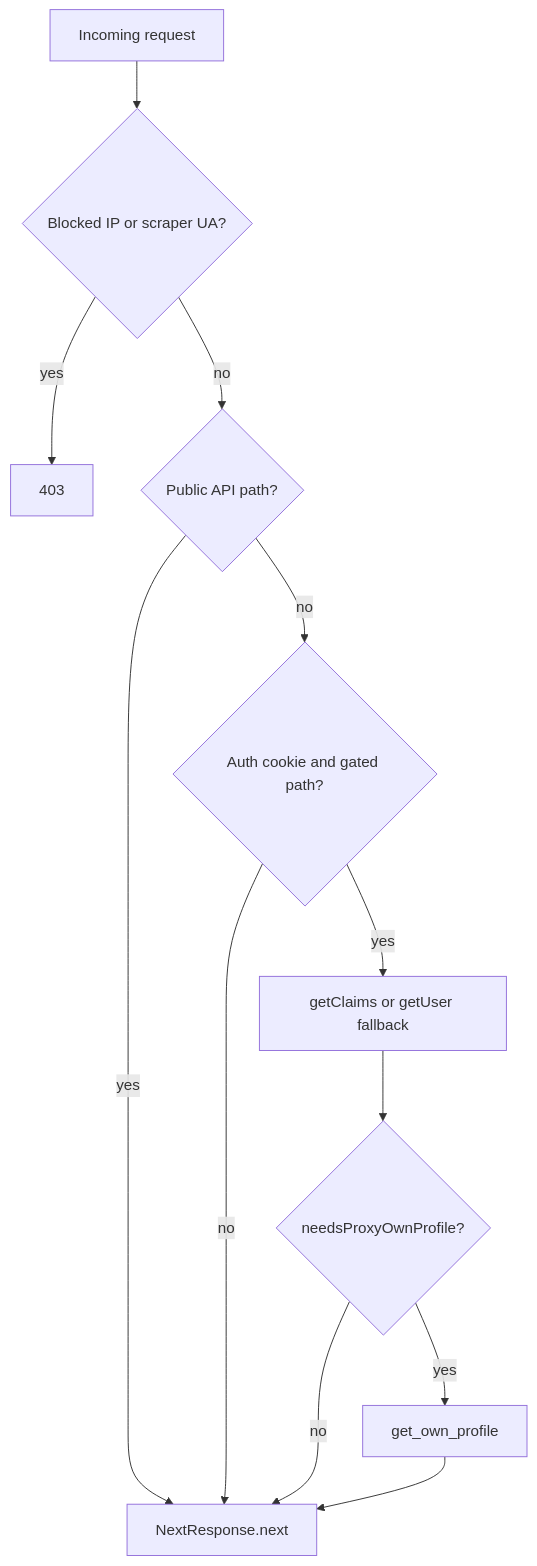
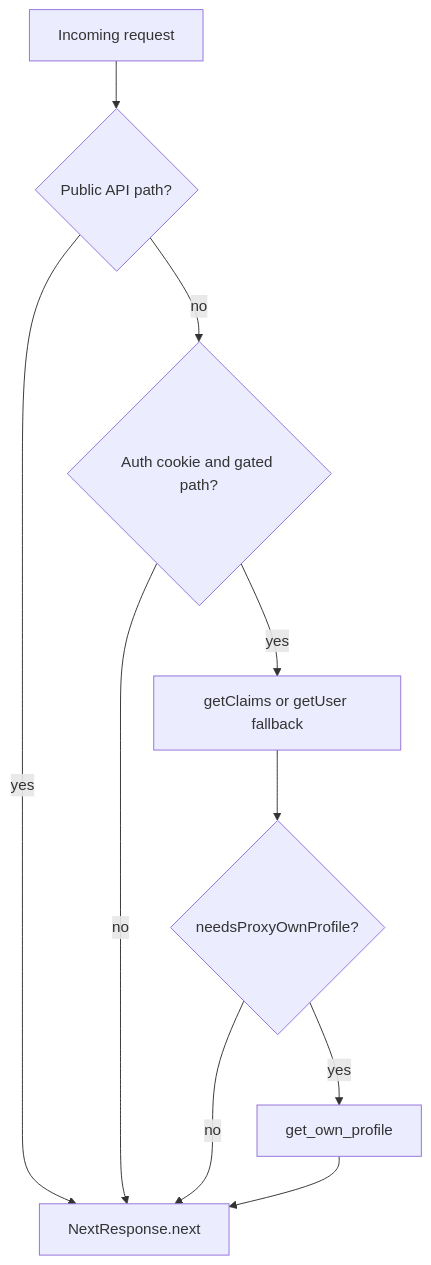
The diagram in docs/supabase-auth-traffic.md (mmousawy/cpg-website), drawn with Mermaid before and after one commit. The commit also changed other lines of this file and 2 other files, not shown here.

Commit message:
fix: Update proxy and request handling to improve scraper management and performance
- Refactored proxy logic to skip user profile checks on public pages, enhancing performance.
- Updated Cloudflare WAF rules to block specific user agents at the edge, reducing scraper load.
- Adjusted view tracking to bypass bot user agents, preventing unnecessary 403 responses.
- Enhanced unit tests for scraper user agent detection to ensure accurate functionality.

````diff
--- a/docs/supabase-auth-traffic.md
+++ b/docs/supabase-auth-traffic.md
@@ -28,14 +28,12 @@
 ```mermaid
 flowchart TD
-  req[Incoming request] --> block{Blocked IP or scraper UA?}
-  block -->|yes| r403[403]
-  block -->|no| publicApi{Public API path?}
+  req[Incoming request] --> publicApi{Public API path?}
   publicApi -->|yes| next[NextResponse.next]
   publicApi -->|no| session{Auth cookie and gated path?}
   session -->|no| next
   session -->|yes| claims[getClaims or getUser fallback]
   claims --> profile{needsProxyOwnProfile?}
   profile -->|yes| rpc[get_own_profile]
   profile -->|no| next
   rpc --> next
 ```
````
